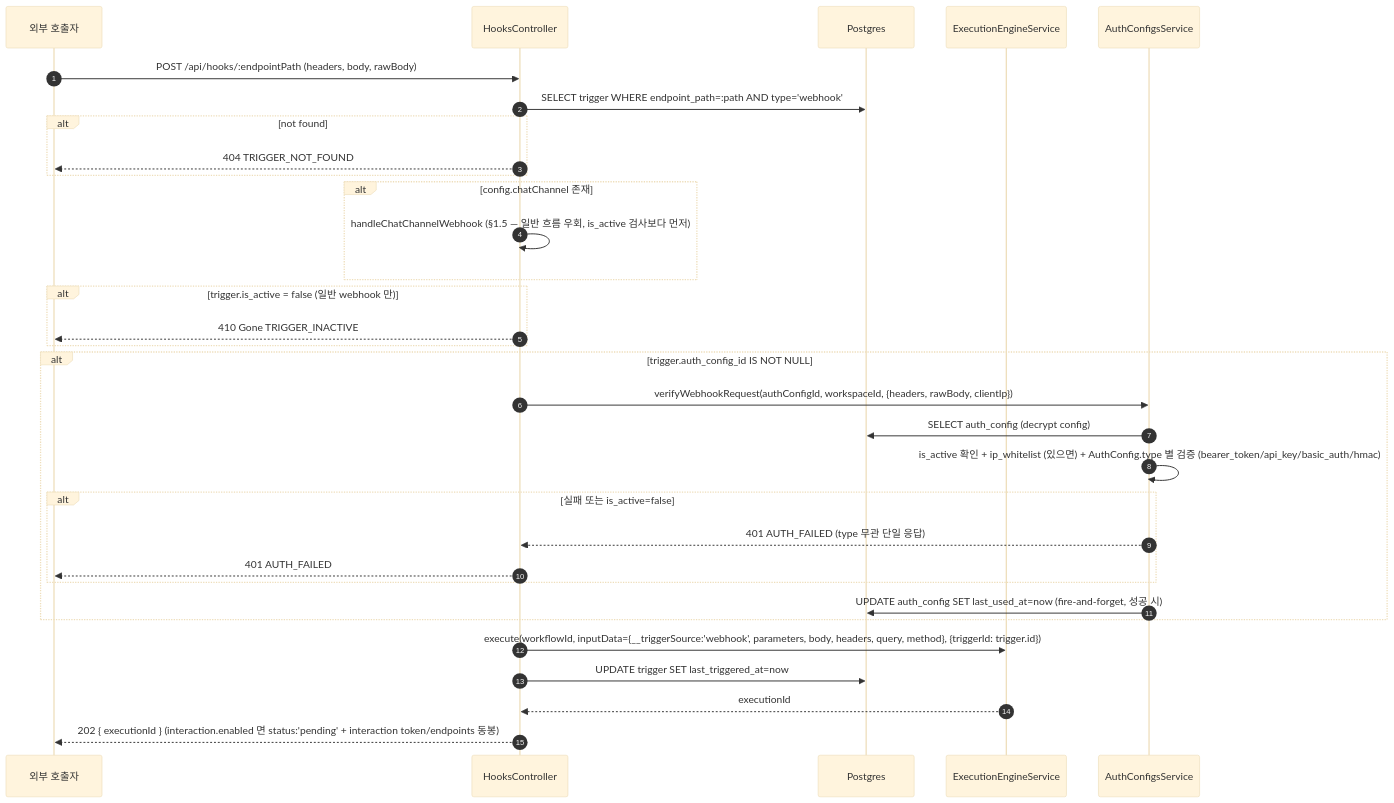
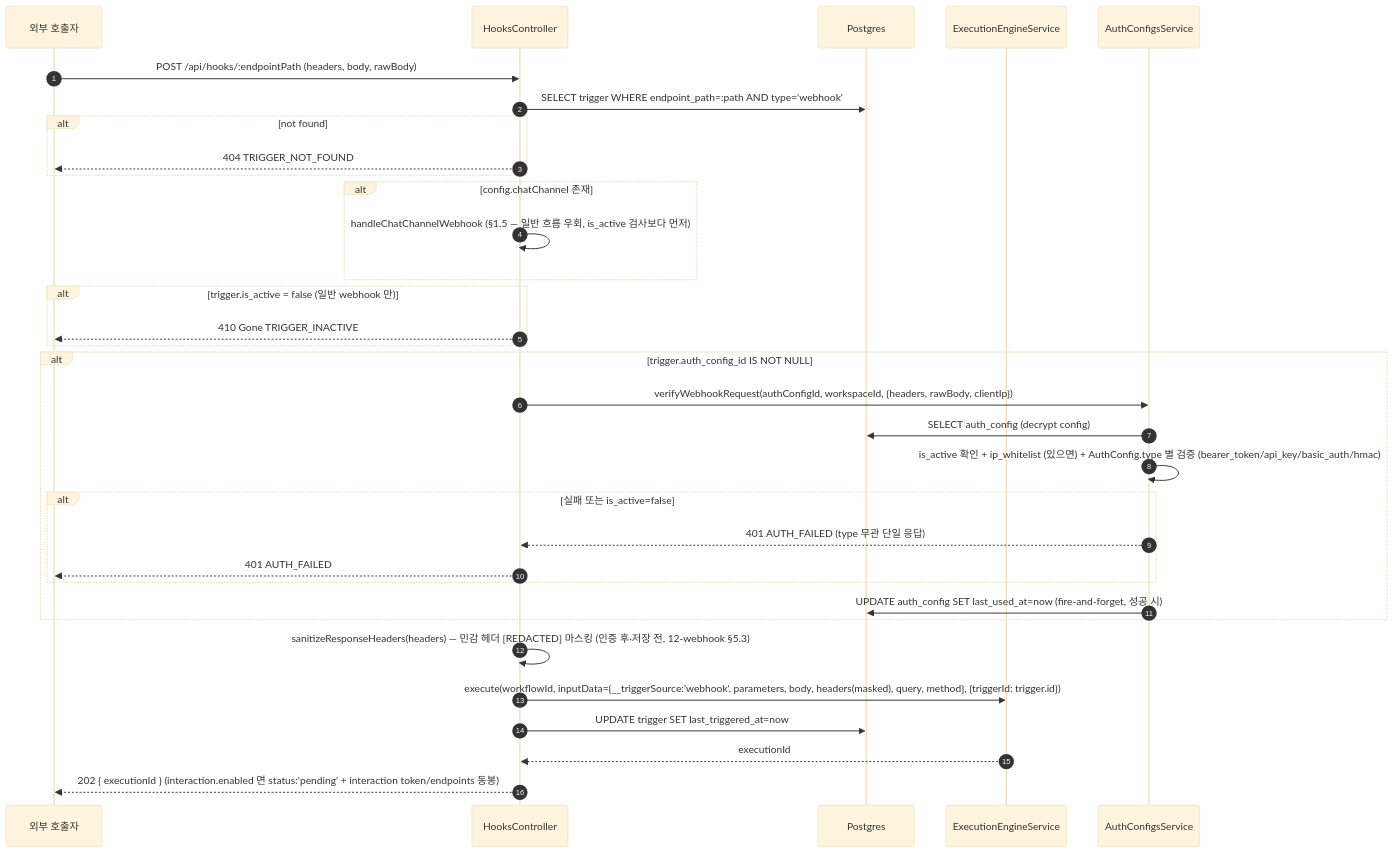
The second of 3 diagrams in spec/data-flow/10-triggers.md (worker-ants/clemvion), drawn with Mermaid (base theme) before and after one commit. The commit also changed 5 other files, not shown here.

First line of the commit message:
docs(webhook): 민감 헤더 ingestion 마스킹 정책 SoT + cross-spec 정합 (12-webhook §5.3)

````diff
--- a/spec/data-flow/10-triggers.md
+++ b/spec/data-flow/10-triggers.md
@@ -59,36 +59,37 @@
 ```mermaid
 sequenceDiagram
   autonumber
   participant Ext as 외부 호출자
   participant Hk as HooksController
   participant PG as Postgres
   participant Eng as ExecutionEngineService
 
   participant AC as AuthConfigsService
 
   Ext->>Hk: POST /api/hooks/:endpointPath (headers, body, rawBody)
   Hk->>PG: SELECT trigger WHERE endpoint_path=:path AND type='webhook'
   alt not found
     Hk-->>Ext: 404 TRIGGER_NOT_FOUND
   end
   alt config.chatChannel 존재
     Hk->>Hk: handleChatChannelWebhook (§1.5 — 일반 흐름 우회, is_active 검사보다 먼저)
   end
   alt trigger.is_active = false (일반 webhook 만)
     Hk-->>Ext: 410 Gone TRIGGER_INACTIVE
   end
   alt trigger.auth_config_id IS NOT NULL
     Hk->>AC: verifyWebhookRequest(authConfigId, workspaceId, {headers, rawBody, clientIp})
     AC->>PG: SELECT auth_config (decrypt config)
     AC->>AC: is_active 확인 + ip_whitelist (있으면) + AuthConfig.type 별 검증 (bearer_token/api_key/basic_auth/hmac)
     alt 실패 또는 is_active=false
       AC-->>Hk: 401 AUTH_FAILED (type 무관 단일 응답)
       Hk-->>Ext: 401 AUTH_FAILED
     end
     AC->>PG: UPDATE auth_config SET last_used_at=now (fire-and-forget, 성공 시)
   end
-  Hk->>Eng: execute(workflowId, inputData={__triggerSource:'webhook', parameters, body, headers, query, method}, {triggerId: trigger.id})
+  Hk->>Hk: sanitizeResponseHeaders(headers) — 민감 헤더 [REDACTED] 마스킹 (인증 후·저장 전, 12-webhook §5.3)
+  Hk->>Eng: execute(workflowId, inputData={__triggerSource:'webhook', parameters, body, headers(masked), query, method}, {triggerId: trigger.id})
   Hk->>PG: UPDATE trigger SET last_triggered_at=now
   Eng-->>Hk: executionId
   Hk-->>Ext: 202 { executionId } (interaction.enabled 면 status:'pending' + interaction token/endpoints 동봉)
 ```
````
